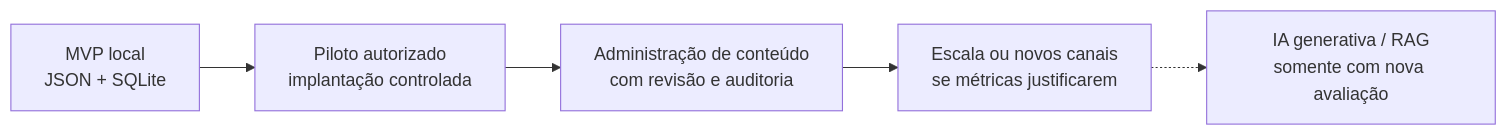
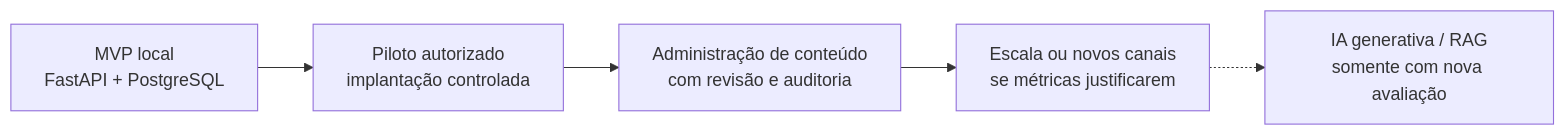
The seventh of 7 diagrams in docs/ARQUITETURA.md (walkermooore/chatbot-aginov), drawn with Mermaid before and after one commit. The commit also changed other lines of this file and 3 other files, not shown here.

Commit message:
docs: adota PostgreSQL na arquitetura

````diff
--- a/docs/ARQUITETURA.md
+++ b/docs/ARQUITETURA.md
@@ -443,7 +472,7 @@
 ```mermaid
 flowchart LR
-    M[MVP local<br/>JSON + SQLite] --> P[Piloto autorizado<br/>implantação controlada]
+    M[MVP local<br/>FastAPI + PostgreSQL] --> P[Piloto autorizado<br/>implantação controlada]
     P --> A[Administração de conteúdo<br/>com revisão e auditoria]
     A --> E[Escala ou novos canais<br/>se métricas justificarem]
     E -.-> G[IA generativa / RAG<br/>somente com nova avaliação]
 ```
````
